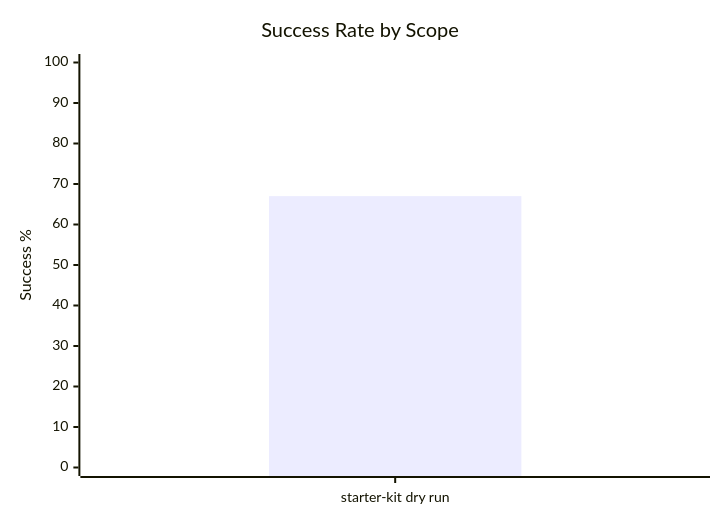
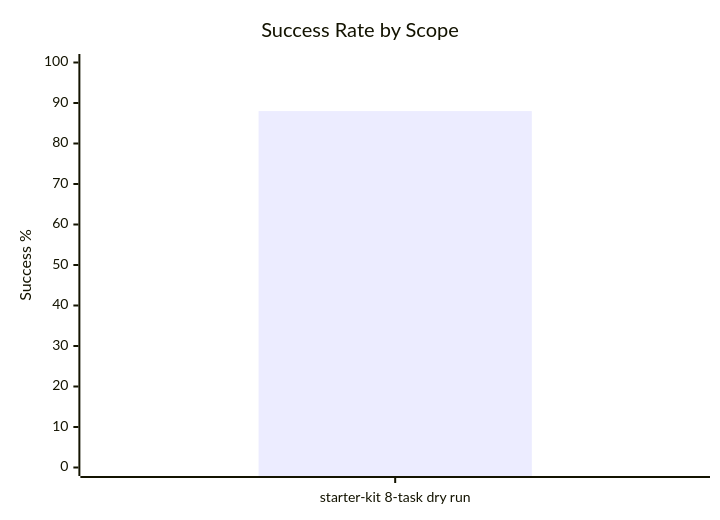
One commit to harnessworks/harness-agent-benchmark-runner changed the diagram in README.md. Above: the diagram before and after it, drawn with Mermaid. The commit also changed other lines of this file and 2 other files, not shown here.

Commit message:
Report Codex eight-task dry run

````diff
--- a/README.md
+++ b/README.md
@@ -28,7 +28,7 @@
 ```mermaid
 xychart-beta
     title "Success Rate by Scope"
-    x-axis ["starter-kit dry run"]
+    x-axis ["starter-kit 8-task dry run"]
     y-axis "Success %" 0 --> 100
-    bar [67]
+    bar [88]
 ```
````
